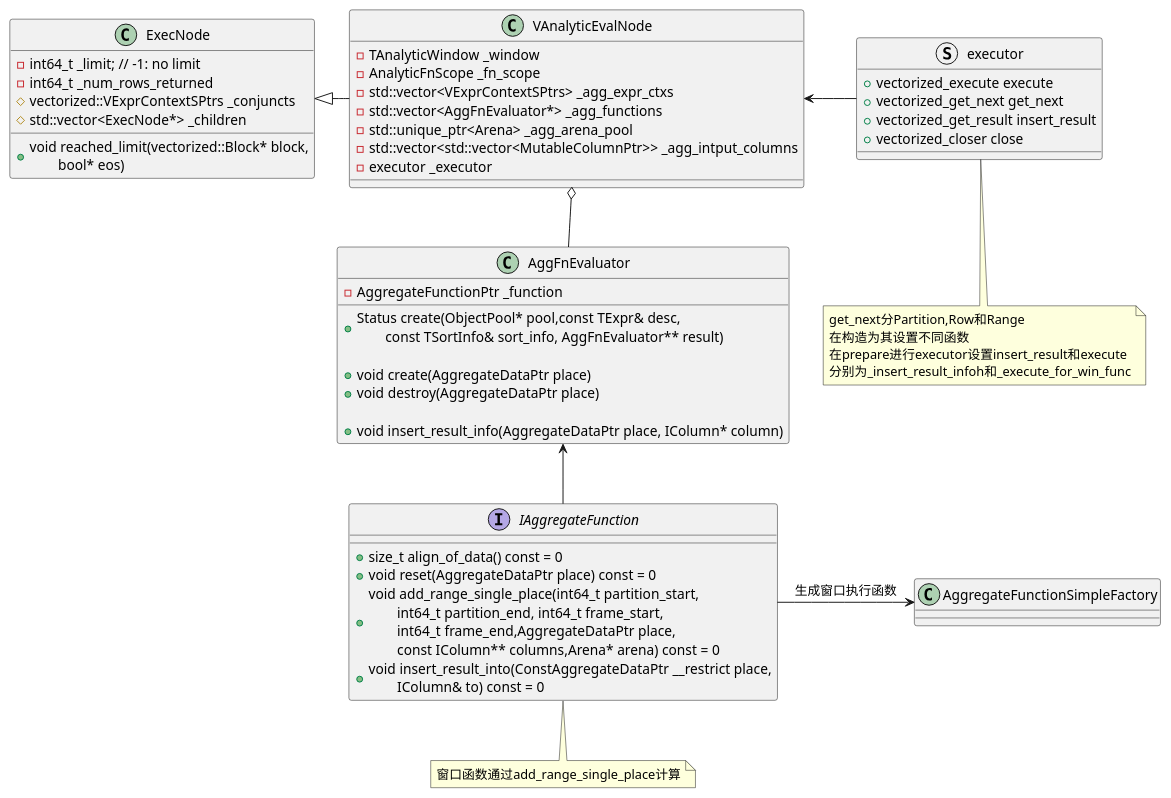
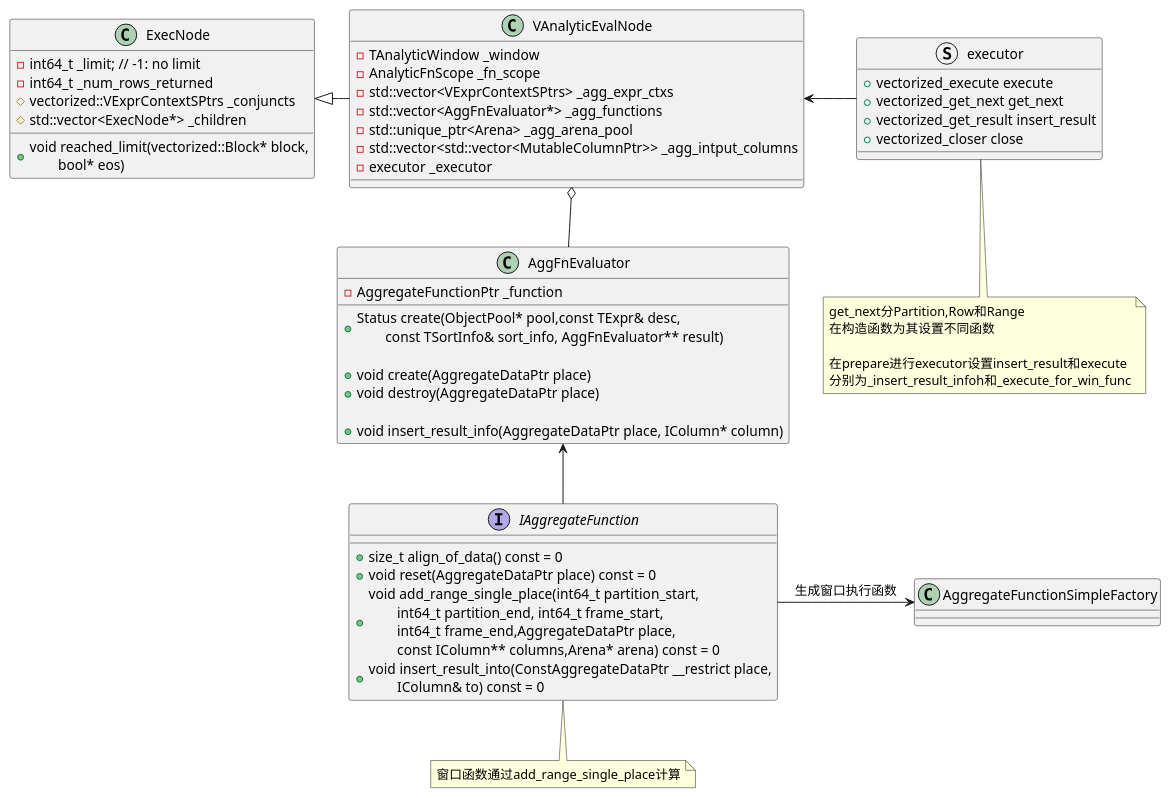
The second of 10 diagrams in doc/DB/Doris/SourceRead/11_04_Exec_Operator.md (DepInjoy/geektime), drawn with PlantUML before and after one commit. The commit also changed other lines of this file and 2 other files, not shown here.

````diff
--- a/doc/DB/Doris/SourceRead/11_04_Exec_Operator.md
+++ b/doc/DB/Doris/SourceRead/11_04_Exec_Operator.md
@@ -48,56 +82,56 @@
 ```plantuml
 @startuml
 class VAnalyticEvalNode {
     - TAnalyticWindow _window
     - AnalyticFnScope _fn_scope
     - std::vector<VExprContextSPtrs> _agg_expr_ctxs
     - std::vector<AggFnEvaluator*> _agg_functions
     - std::unique_ptr<Arena> _agg_arena_pool
     - std::vector<std::vector<MutableColumnPtr>> _agg_intput_columns
     - executor _executor
 }
 
 class ExecNode {
     - int64_t _limit; // -1: no limit
     - int64_t _num_rows_returned
     # vectorized::VExprContextSPtrs _conjuncts
     # std::vector<ExecNode*> _children
 
     + void reached_limit(vectorized::Block* block,\n\tbool* eos)
 }
 
 class AggFnEvaluator {
     - AggregateFunctionPtr _function
 
     + Status create(ObjectPool* pool,const TExpr& desc,\n\tconst TSortInfo& sort_info, AggFnEvaluator** result)
 
     + void create(AggregateDataPtr place)
     + void destroy(AggregateDataPtr place)
 
     + void insert_result_info(AggregateDataPtr place, IColumn* column)
 }
 
 struct executor {
     + vectorized_execute execute
     + vectorized_get_next get_next
     + vectorized_get_result insert_result
     + vectorized_closer close
 }
-note bottom:get_next分Partition,Row和Range\n在构造为其设置不同函数\n在prepare进行executor设置insert_result和execute\n分别为_insert_result_infoh和_execute_for_win_func
+note bottom:get_next分Partition,Row和Range\n在构造函数为其设置不同函数\n\n在prepare进行executor设置insert_result和execute\n分别为_insert_result_infoh和_execute_for_win_func
 
 interface IAggregateFunction {
     + size_t align_of_data() const = 0
     + void reset(AggregateDataPtr place) const = 0
     + void add_range_single_place(int64_t partition_start,\n\tint64_t partition_end, int64_t frame_start,\n\tint64_t frame_end,AggregateDataPtr place,\n\tconst IColumn** columns,Arena* arena) const = 0
     + void insert_result_into(ConstAggregateDataPtr __restrict place,\n\tIColumn& to) const = 0
 }
 note bottom : 窗口函数通过add_range_single_place计算
 
 VAnalyticEvalNode -left-|> ExecNode
 
 AggFnEvaluator -up-o VAnalyticEvalNode
 IAggregateFunction -up-> AggFnEvaluator
 IAggregateFunction -right--> AggregateFunctionSimpleFactory : 生成窗口执行函数
 executor-left--> VAnalyticEvalNode
 @enduml
 ```
````
